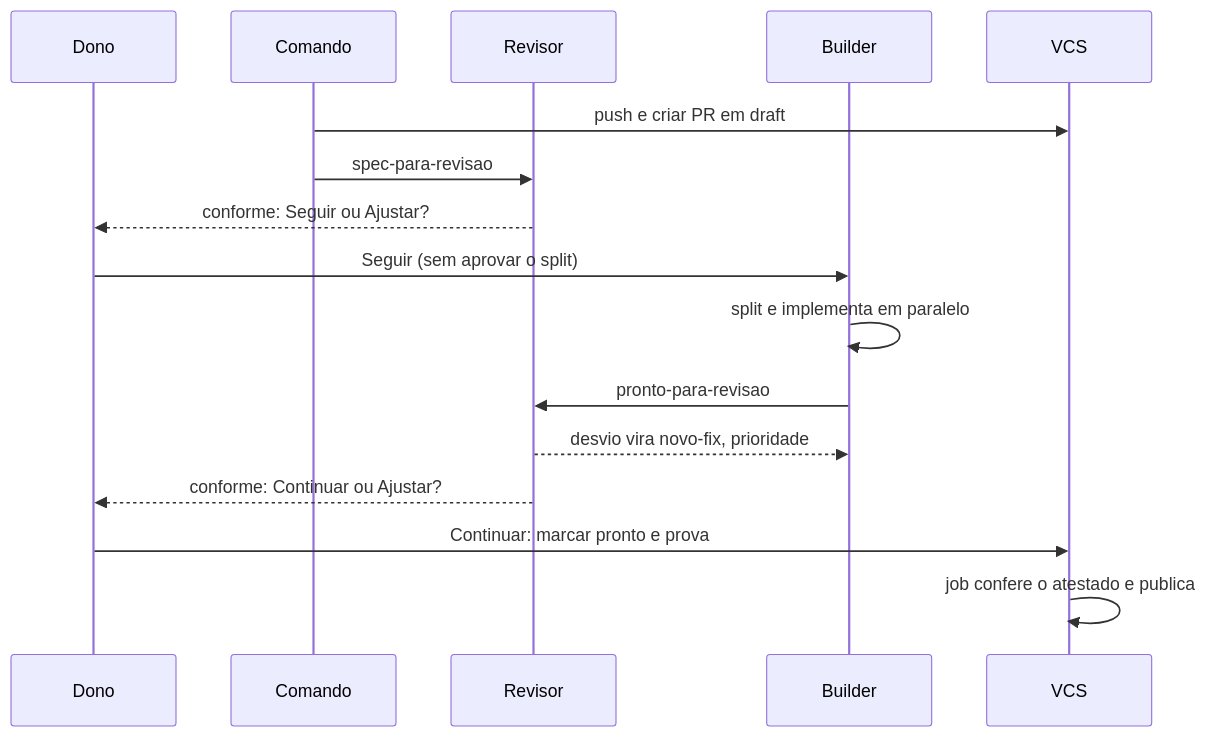
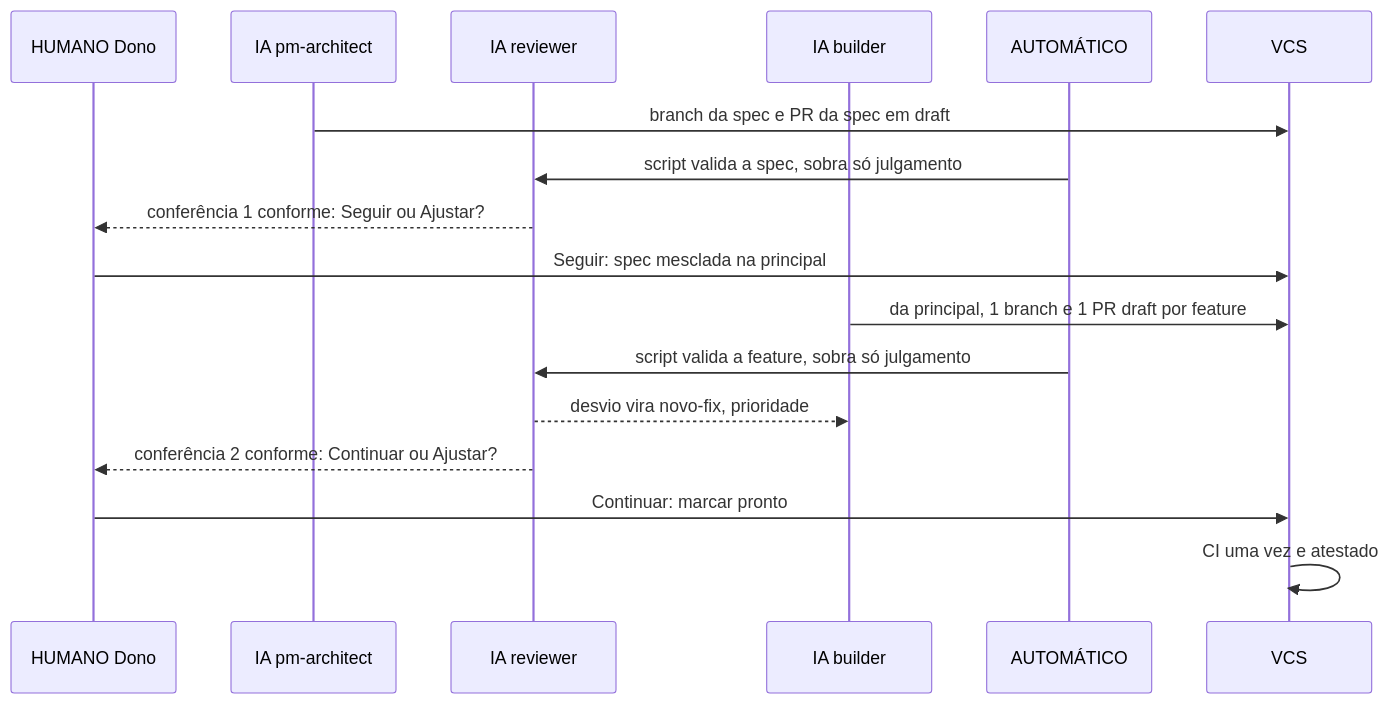
The third of 3 diagrams in sdd/discovery/106-pr-draft-revisao-e-ci/criteria.md (nathanramorim/forge-sdd), drawn with Mermaid before and after one commit. The commit also changed other lines of this file and 12 other files, not shown here.

First line of the commit message:
docs(106): spec volta à principal, branch e PR em draft por feature, marcação IA, humano e automático

````diff
--- a/sdd/discovery/106-pr-draft-revisao-e-ci/criteria.md
+++ b/sdd/discovery/106-pr-draft-revisao-e-ci/criteria.md
@@ -100,18 +112,19 @@
 ```mermaid
 sequenceDiagram
-  participant D as Dono
-  participant C as Comando
-  participant R as Revisor
-  participant B as Builder
+  participant D as HUMANO Dono
+  participant A as IA pm-architect
+  participant R as IA reviewer
+  participant B as IA builder
+  participant X as AUTOMÁTICO
   participant G as VCS
-  C->>G: push e criar PR em draft
-  C->>R: spec-para-revisao
-  R-->>D: conforme: Seguir ou Ajustar?
-  D->>B: Seguir (sem aprovar o split)
-  B->>B: split e implementa em paralelo
-  B->>R: pronto-para-revisao
+  A->>G: branch da spec e PR da spec em draft
+  X->>R: script valida a spec, sobra só julgamento
+  R-->>D: conferência 1 conforme: Seguir ou Ajustar?
+  D->>G: Seguir: spec mesclada na principal
+  B->>G: da principal, 1 branch e 1 PR draft por feature
+  X->>R: script valida a feature, sobra só julgamento
   R-->>B: desvio vira novo-fix, prioridade
-  R-->>D: conforme: Continuar ou Ajustar?
-  D->>G: Continuar: marcar pronto e prova
-  G->>G: job confere o atestado e publica
+  R-->>D: conferência 2 conforme: Continuar ou Ajustar?
+  D->>G: Continuar: marcar pronto
+  G->>G: CI uma vez e atestado
 ```
````
